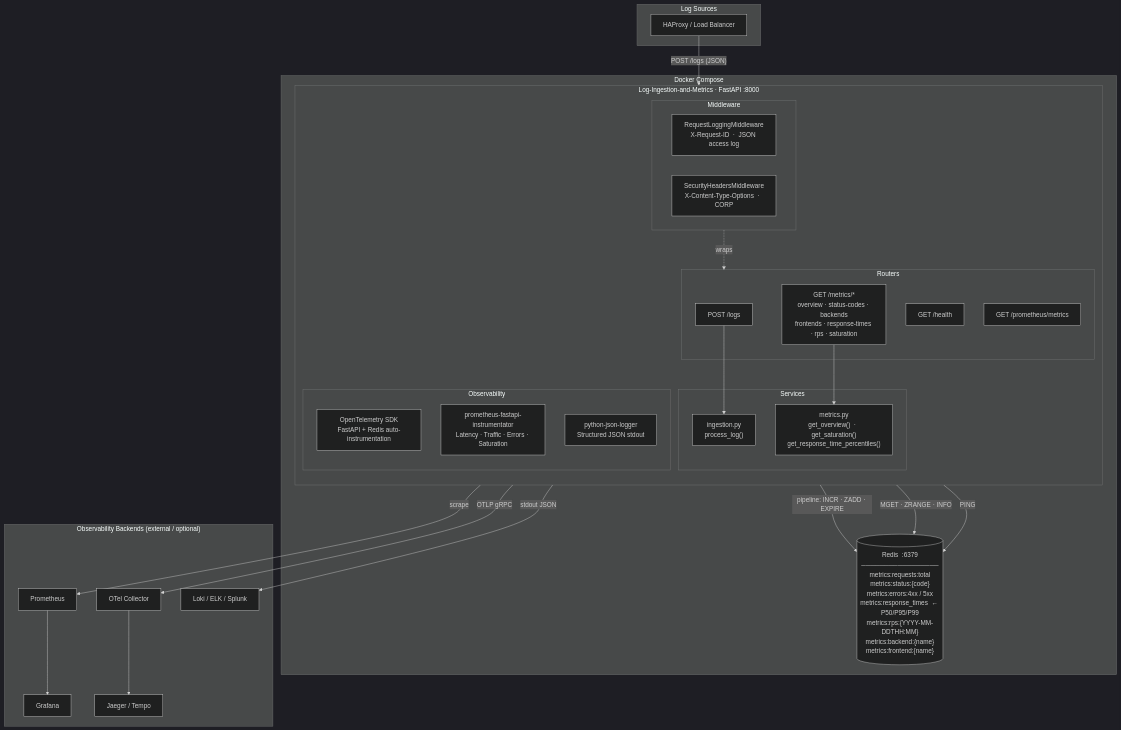
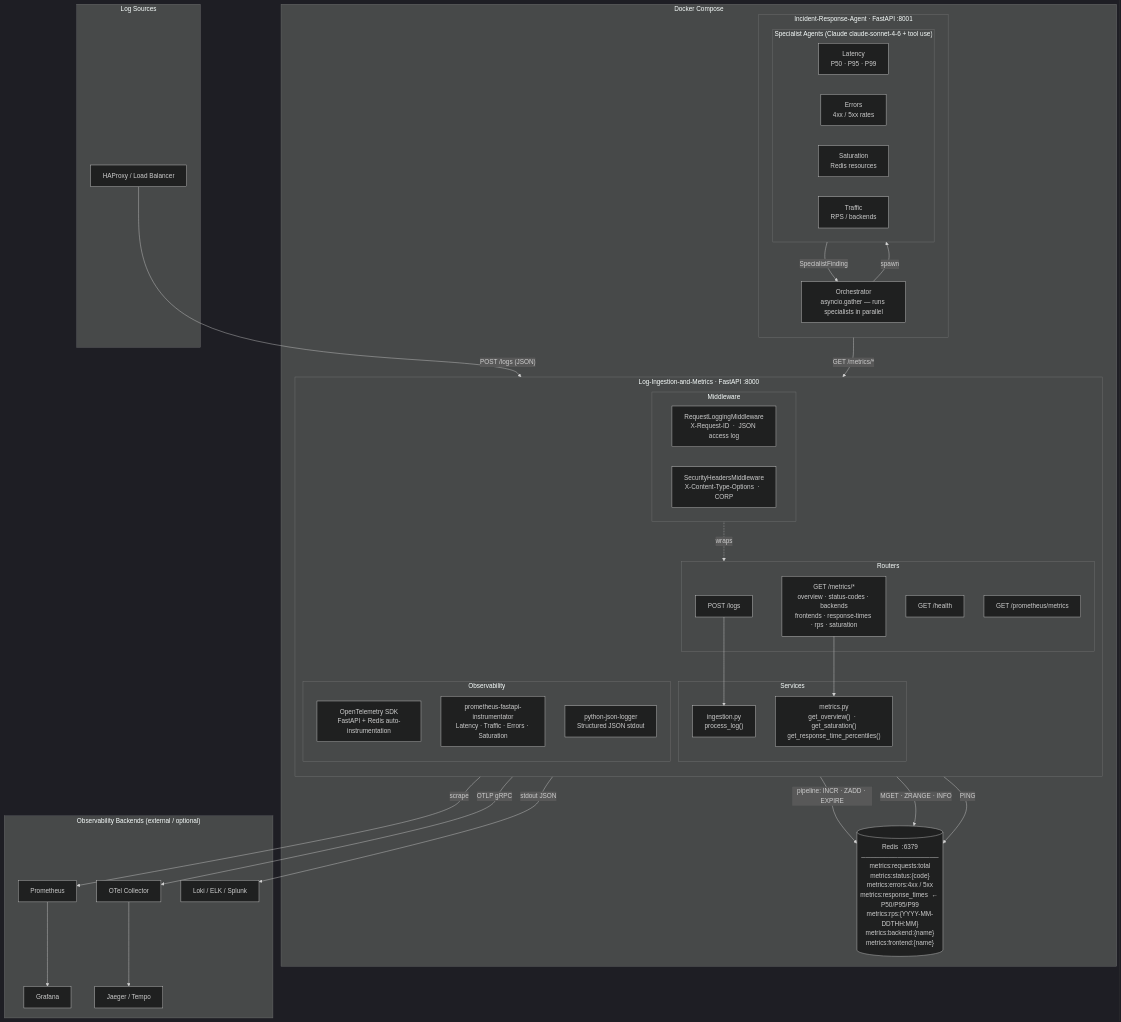
One commit to valdomirosouza/AgenticAI-2-Incident-Response changed the diagram in README.md. Above: the diagram before and after it, drawn with Mermaid (dark theme). The commit also changed other lines of this file, not shown here.

Commit message:
docs: update README with Incident-Response-Agent module

```diff
--- a/README.md
+++ b/README.md
@@ -13,6 +13,20 @@
     end
 
     subgraph compose["Docker Compose"]
+
+        subgraph agent["Incident-Response-Agent  ·  FastAPI :8001"]
+            direction TB
+            ORCH["Orchestrator\nasyncio.gather — runs specialists in parallel"]
+            subgraph specialists["Specialist Agents  (Claude claude-sonnet-4-6 + tool use)"]
+                SLA["Latency\nP50 · P95 · P99"]
+                SEA["Errors\n4xx / 5xx rates"]
+                SSA["Saturation\nRedis resources"]
+                STA["Traffic\nRPS / backends"]
+            end
+            ORCH -->|"spawn"| specialists
+            specialists -->|"SpecialistFinding"| ORCH
+        end
+
         subgraph service["Log-Ingestion-and-Metrics  ·  FastAPI :8000"]
             direction TB
 
@@ -63,6 +77,9 @@
     %% Health check
     RH -->|"PING"| REDIS
 
+    %% Agent queries metrics service
+    specialists -->|"GET /metrics/*"| RM
+
     %% Observability outputs
     RP -->|"scrape"| PROM
     PROM --> GRAFANA
```
